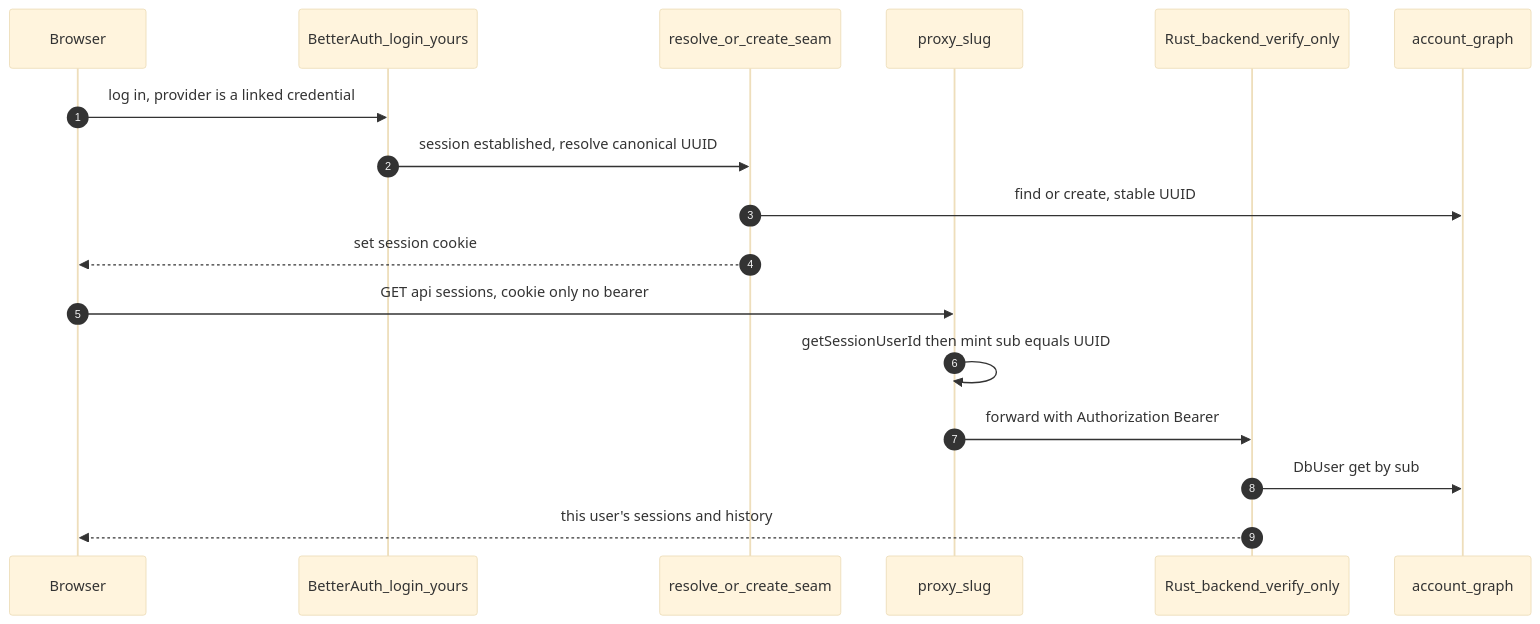
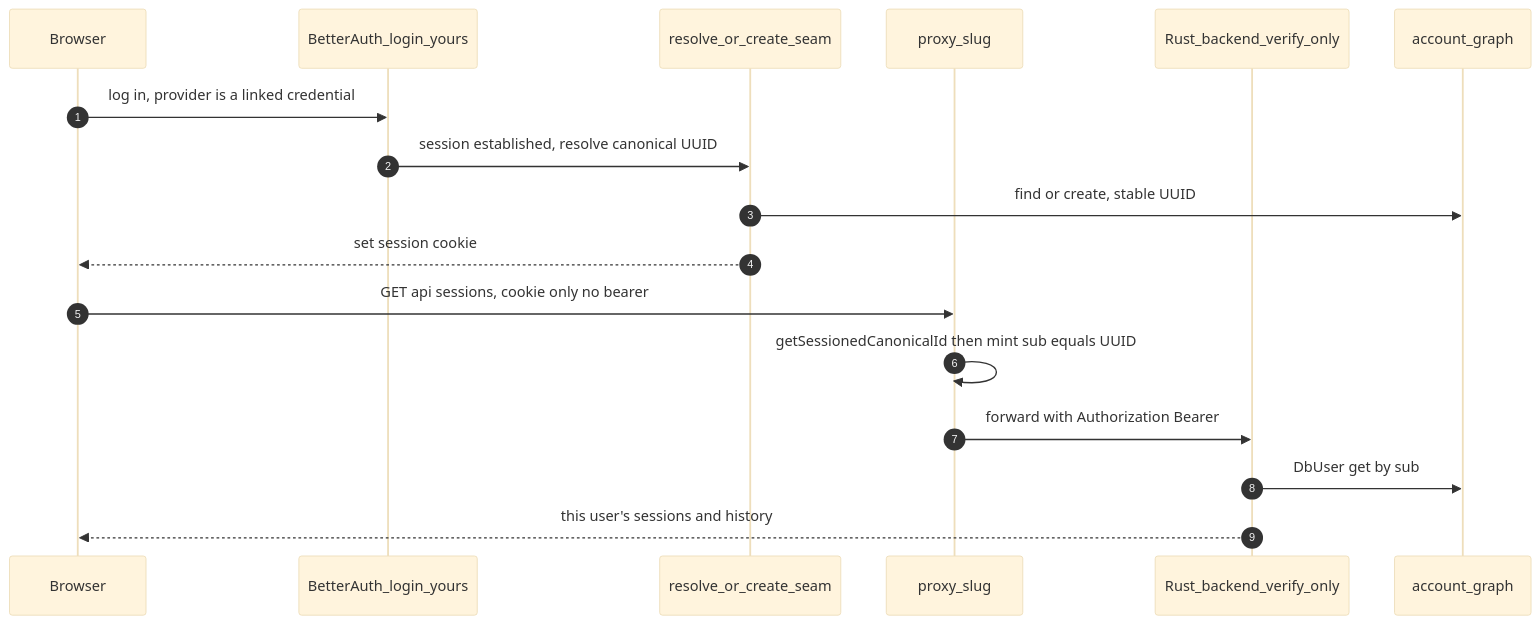
The second of 5 diagrams in docs/handoffs/arixoneth-account-auth.md (aomi-labs/aomi-widget), drawn with Mermaid (base theme) before and after one commit. The commit also changed other lines of this file and 33 other files, not shown here.

````diff
--- a/docs/handoffs/arixoneth-account-auth.md
+++ b/docs/handoffs/arixoneth-account-auth.md
@@ -61,19 +61,19 @@
 ```mermaid
 sequenceDiagram
   autonumber
   participant U as Browser
   participant BA as BetterAuth_login_yours
   participant AG as resolve_or_create_seam
   participant PX as proxy_slug
   participant BE as Rust_backend_verify_only
   participant DB as account_graph
   U->>BA: log in, provider is a linked credential
   BA->>AG: session established, resolve canonical UUID
   AG->>DB: find or create, stable UUID
   AG-->>U: set session cookie
   U->>PX: GET api sessions, cookie only no bearer
-  PX->>PX: getSessionUserId then mint sub equals UUID
+  PX->>PX: getSessionedCanonicalId then mint sub equals UUID
   PX->>BE: forward with Authorization Bearer
   BE->>DB: DbUser get by sub
   BE-->>U: this user's sessions and history
 ```
````
